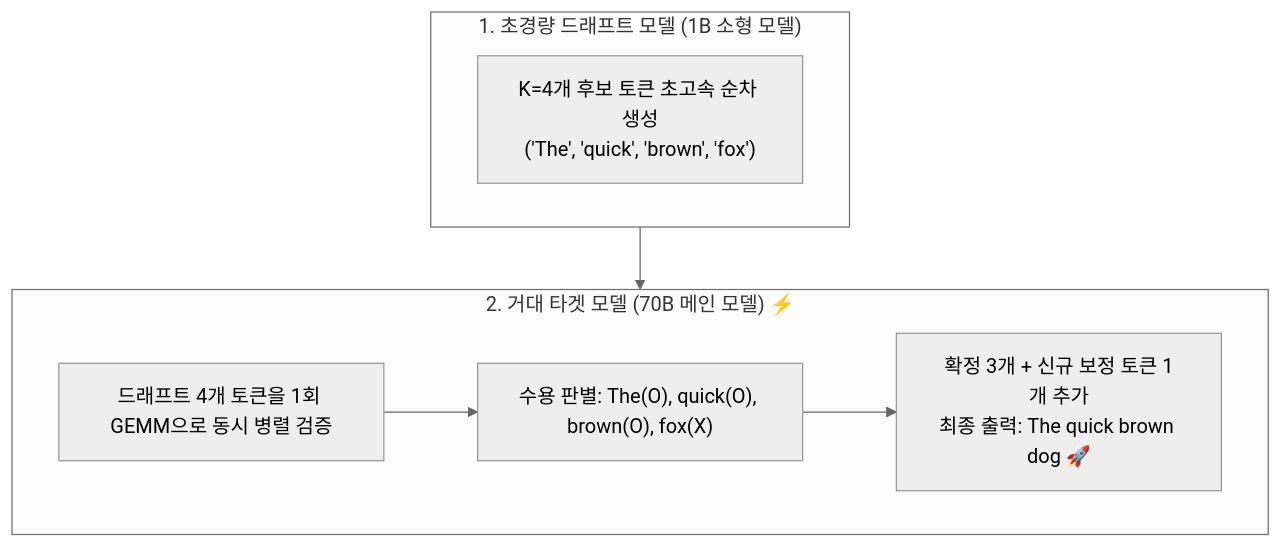
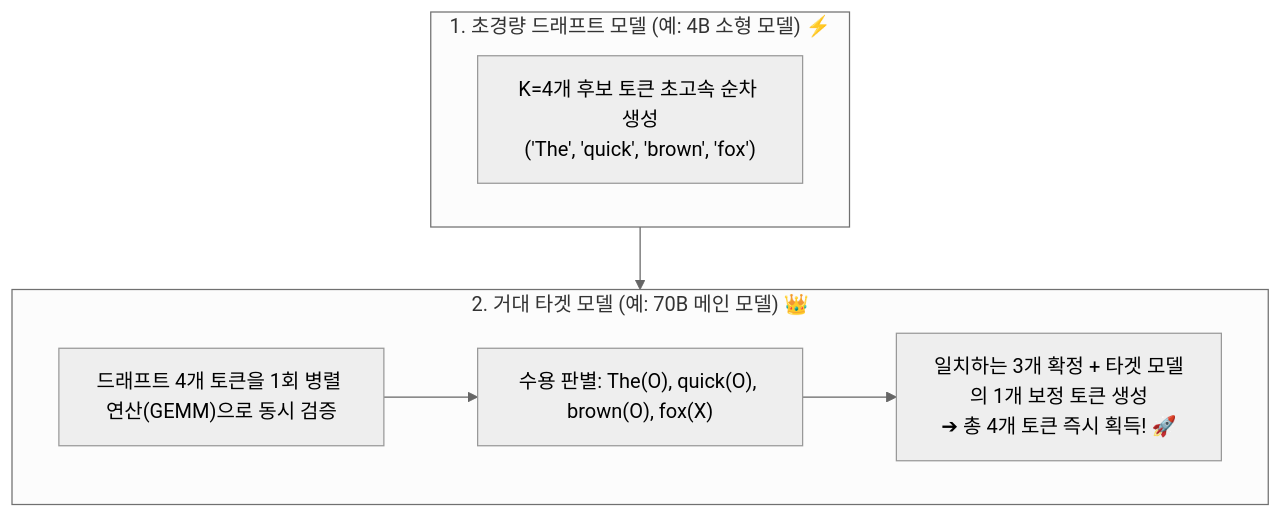
The first of 2 diagrams in chapter-qa/ch09-inference-optimization-qa/03-speculative-decoding-caching-and-parallelism.md (sing-u8/AI-Engineering), drawn with Mermaid (neutral theme) before and after one commit. The commit also changed other lines of this file and 15 other files, not shown here.

````diff
--- a/chapter-qa/ch09-inference-optimization-qa/03-speculative-decoding-caching-and-parallelism.md
+++ b/chapter-qa/ch09-inference-optimization-qa/03-speculative-decoding-caching-and-parallelism.md
@@ -37,15 +39,15 @@
 ```mermaid
 flowchart TD
-    subgraph Draft["1. 초경량 드래프트 모델 (1B 소형 모델)"]
+    subgraph Draft["1. 초경량 드래프트 모델 (예: 4B 소형 모델) ⚡"]
         D1["K=4개 후보 토큰 초고속 순차 생성<br/>('The', 'quick', 'brown', 'fox')"]
     end
 
-    subgraph Target["2. 거대 타겟 모델 (70B 메인 모델) ⚡"]
-        T1["드래프트 4개 토큰을 1회 GEMM으로 동시 병렬 검증"]
+    subgraph Target["2. 거대 타겟 모델 (예: 70B 메인 모델) 👑"]
+        T1["드래프트 4개 토큰을 1회 병렬 연산(GEMM)으로 동시 검증"]
         T2["수용 판별: The(O), quick(O), brown(O), fox(X)"]
-        T3["확정 3개 + 신규 보정 토큰 1개 추가<br/>최종 출력: The quick brown dog 🚀"]
+        T3["일치하는 3개 확정 + 타겟 모델의 1개 보정 토큰 생성<br/>➔ 총 4개 토큰 즉시 획득! 🚀"]
         T1 --> T2 --> T3
     end
 
     Draft --> Target
 ```
````
